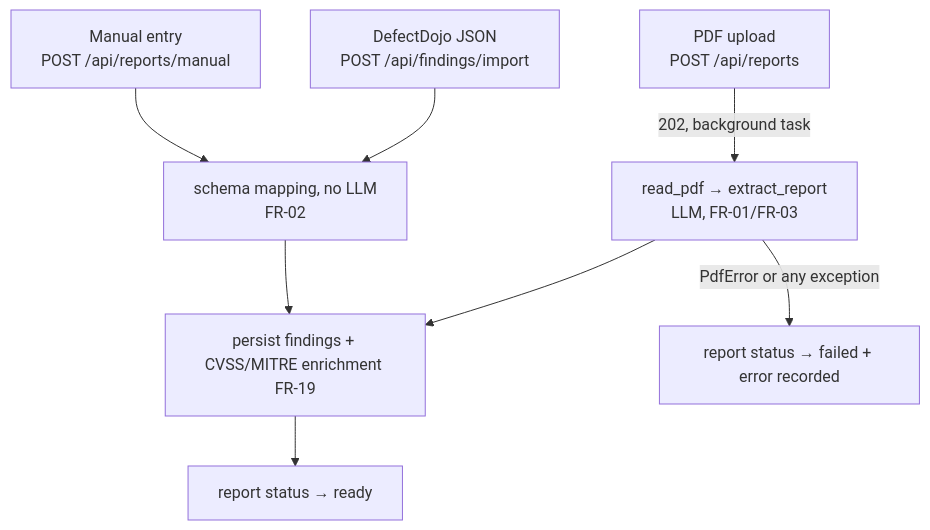
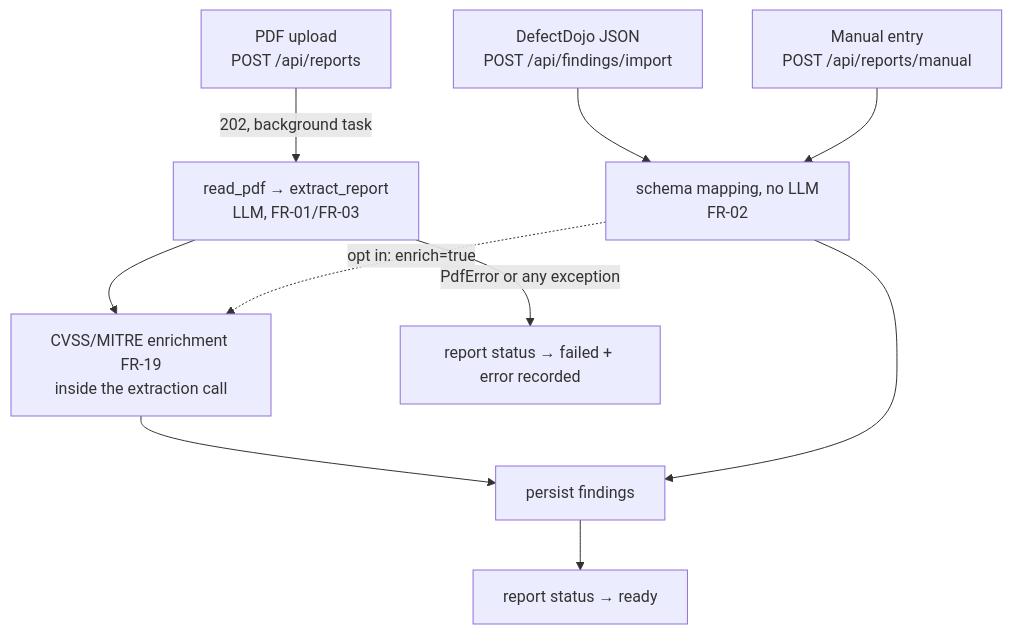
Before and after one commit to SelfishCoconut/revalid: the second of 4 diagrams in docs/architecture/workflow.md, drawn with Mermaid. The commit also changed other lines of this file and 3 other files, not shown here.

First line of the commit message:
docs: enrichment is not unconditional, and findings.py never did it (#240)

````diff
--- a/docs/architecture/workflow.md
+++ b/docs/architecture/workflow.md
@@ -70,10 +70,12 @@
 ```mermaid
 flowchart TD
     A[PDF upload<br/>POST /api/reports] -->|202, background task| B[read_pdf → extract_report<br/>LLM, FR-01/FR-03]
     C[DefectDojo JSON<br/>POST /api/findings/import] --> D[schema mapping, no LLM<br/>FR-02]
     E[Manual entry<br/>POST /api/reports/manual] --> D
-    B --> F[persist findings + CVSS/MITRE enrichment FR-19]
+    B --> N[CVSS/MITRE enrichment FR-19<br/>inside the extraction call]
+    N --> F[persist findings]
     D --> F
+    D -.->|opt in: enrich=true| N
     F --> G[report status → ready]
     B -->|PdfError or any exception| H[report status → failed + error recorded]
 ```
````
